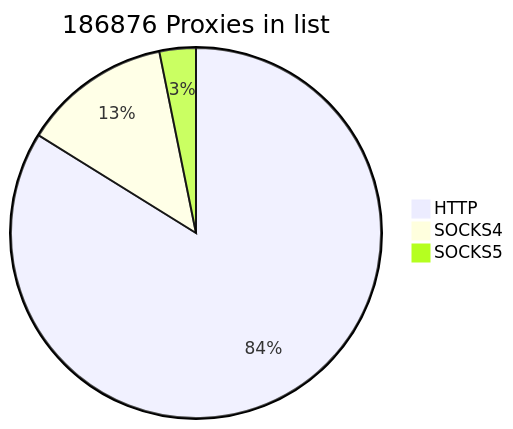
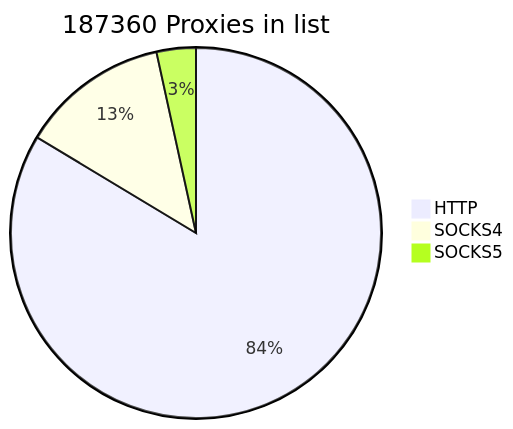
The first of 2 diagrams in README.md (cutipu/proxylist), drawn with Mermaid before and after one commit. The commit also changed other lines of this file, not shown here.

````diff
--- a/README.md
+++ b/README.md
@@ -2,7 +2,7 @@
 ```mermaid
-pie title 186876 Proxies in list
+pie title 187360 Proxies in list
     "HTTP" : 156682
     "SOCKS4" : 24257
-    "SOCKS5" : 5937
+    "SOCKS5" : 6421
             
 ```
````
